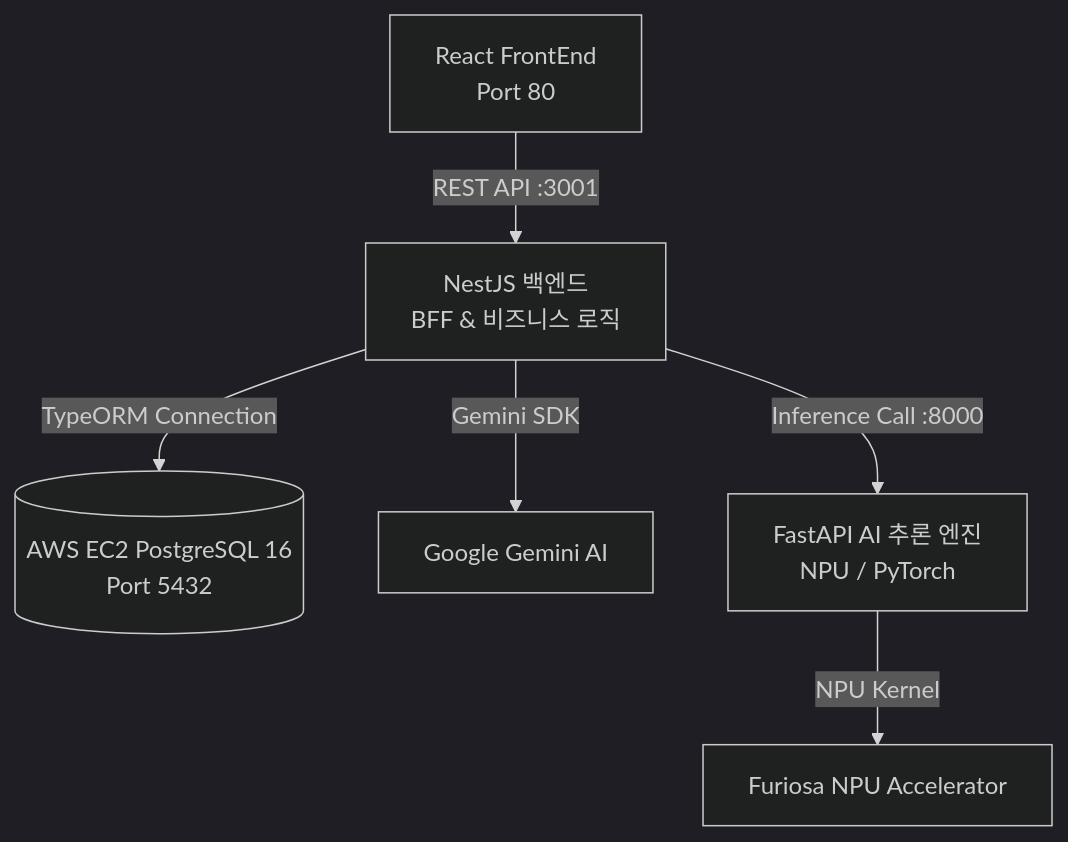
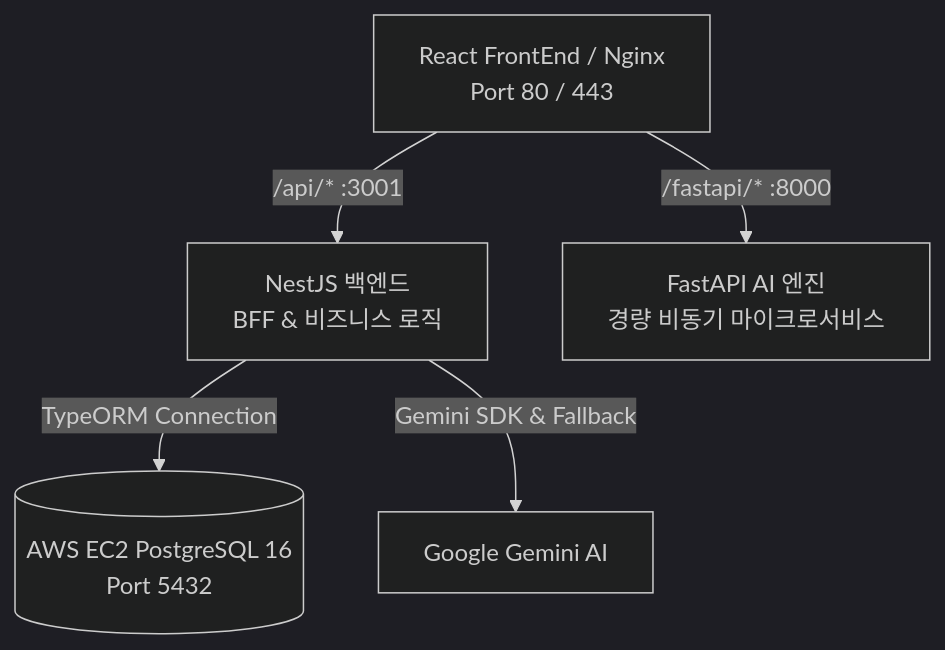
The diagram in BackEnd/README.md (FURIOSAminiproject/FURIOSA_BOOTCAMP_miniproject), drawn with Mermaid (dark theme) before and after one commit. The commit also changed other lines of this file and 8 other files, not shown here.

````diff
--- a/BackEnd/README.md
+++ b/BackEnd/README.md
@@ -30,8 +29,7 @@
 ```mermaid
 flowchart TD
-    Client[React FrontEnd<br/>Port 80] -->|REST API :3001| NestJS[NestJS 백엔드<br/>BFF & 비즈니스 로직]
+    Client[React FrontEnd / Nginx<br/>Port 80 / 443] -->|/api/* :3001| NestJS[NestJS 백엔드<br/>BFF & 비즈니스 로직]
+    Client -->|/fastapi/* :8000| FastAPI[FastAPI AI 엔진<br/>경량 비동기 마이크로서비스]
     NestJS -->|TypeORM Connection| DB[(AWS EC2 PostgreSQL 16<br/>Port 5432)]
-    NestJS -->|Gemini SDK| Gemini[Google Gemini AI]
-    NestJS -->|Inference Call :8000| FastAPI[FastAPI AI 추론 엔진<br/>NPU / PyTorch]
-    FastAPI -->|NPU Kernel| NPU[Furiosa NPU Accelerator]
+    NestJS -->|Gemini SDK & Fallback| Gemini[Google Gemini AI]
 ```
````
